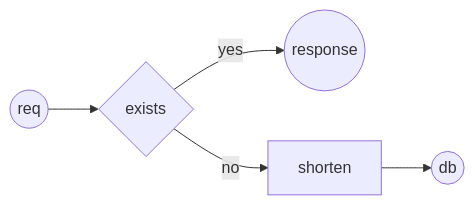
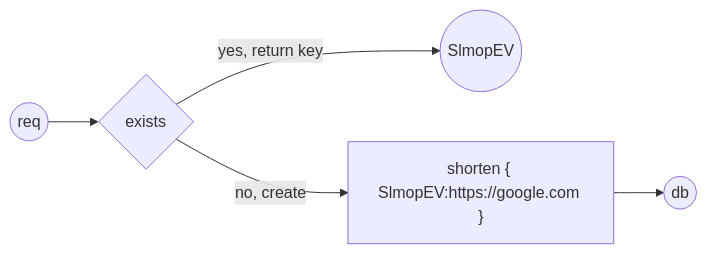
The diagram in README.md (CanaanGM/UrlShortner), drawn with Mermaid before and after one commit.

````diff
--- a/README.md
+++ b/README.md
@@ -5,6 +5,6 @@
 ```mermaid
 graph LR
 req((req)) --> exists{exists}
-exists -- yes --> response((response))
-exists -- no --> shorten[shorten] --> db((db))  
+exists -- yes, return key--> response((SlmopEV))
+exists -- no, create --> shorten["shorten { SlmopEV:https://google.com }"] --> db((db))  
 ```
````
